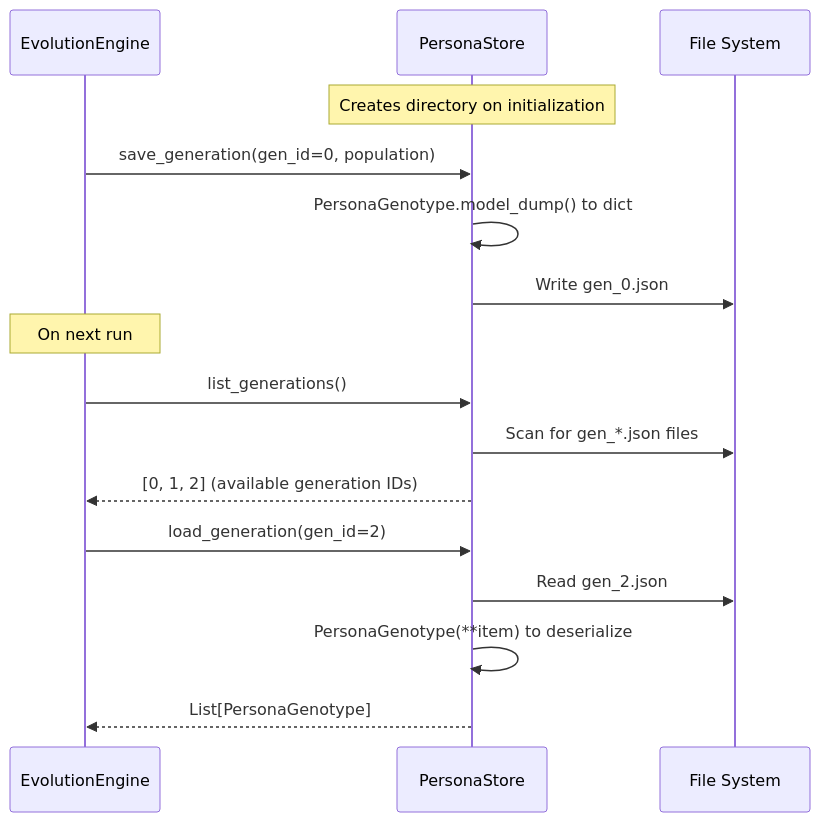
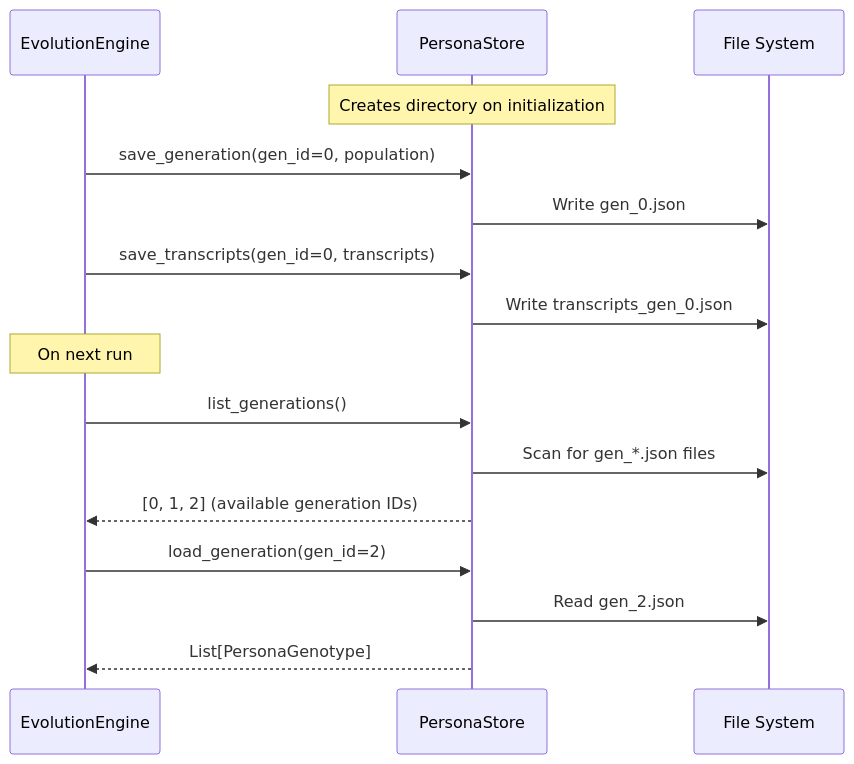
One commit to Keyhole-Koro/snackPersona changed the diagram in persona_store/README.md. Above: the diagram before and after it, drawn with Mermaid. The commit also changed other lines of this file and 23 other files, not shown here.

````diff
--- a/persona_store/README.md
+++ b/persona_store/README.md
@@ -23,21 +25,22 @@
 ```mermaid
 sequenceDiagram
     participant Engine as EvolutionEngine
     participant Store as PersonaStore
     participant FS as File System
 
     Note over Store: Creates directory on initialization
     Engine->>Store: save_generation(gen_id=0, population)
-    Store->>Store: PersonaGenotype.model_dump() to dict
     Store->>FS: Write gen_0.json
     
+    Engine->>Store: save_transcripts(gen_id=0, transcripts)
+    Store->>FS: Write transcripts_gen_0.json
+
     Note over Engine: On next run
     Engine->>Store: list_generations()
     Store->>FS: Scan for gen_*.json files
     Store-->>Engine: [0, 1, 2] (available generation IDs)
-    
+
     Engine->>Store: load_generation(gen_id=2)
     Store->>FS: Read gen_2.json
-    Store->>Store: PersonaGenotype(**item) to deserialize
     Store-->>Engine: List[PersonaGenotype]
 ```
````
